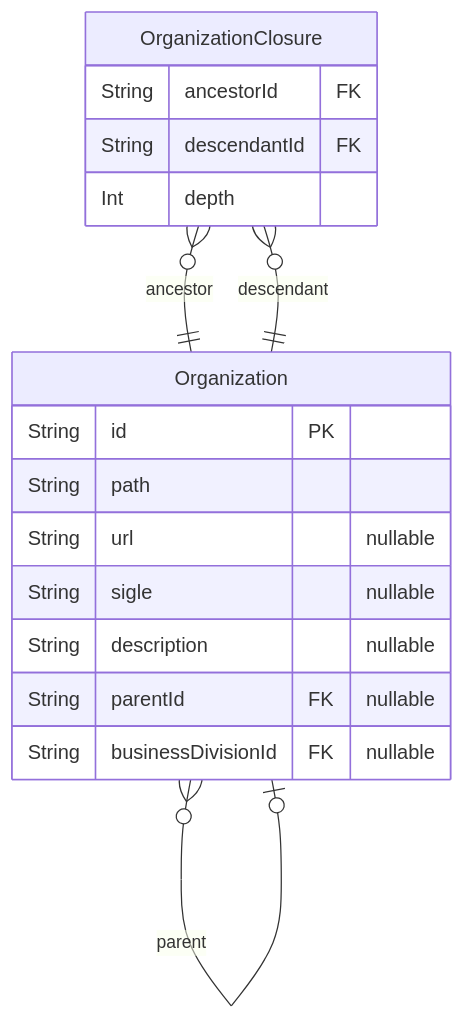
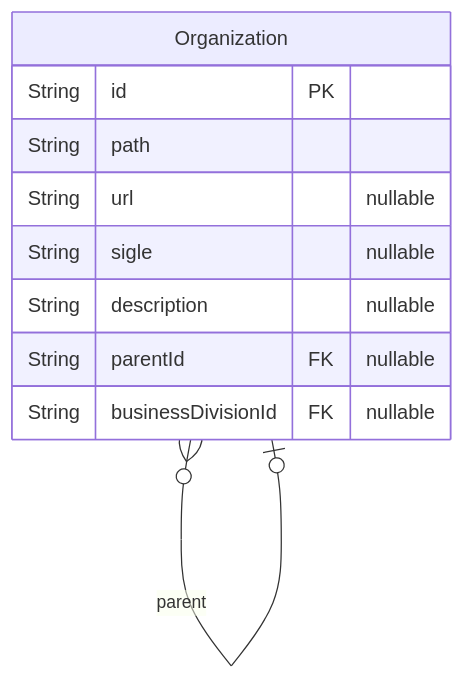
One commit to dnum-mi/referentiel-applications changed the ninth of 13 diagrams in backend/prisma/docs/schema.md. Above: the diagram before and after it, drawn with Mermaid. The commit also changed other lines of this file and 10 other files, not shown here.

Commit message:
feat: remove organization closure

````diff
--- a/backend/prisma/docs/schema.md
+++ b/backend/prisma/docs/schema.md
@@ -497,20 +497,13 @@
 ```mermaid
 erDiagram
 "Organization" {
   String id PK
   String path
   String url "nullable"
   String sigle "nullable"
   String description "nullable"
   String parentId FK "nullable"
   String businessDivisionId FK "nullable"
 }
-"OrganizationClosure" {
-  String ancestorId FK
-  String descendantId FK
-  Int depth
-}
 "Organization" }o--o| "Organization" : parent
-"OrganizationClosure" }o--|| "Organization" : ancestor
-"OrganizationClosure" }o--|| "Organization" : descendant
 ```
````
